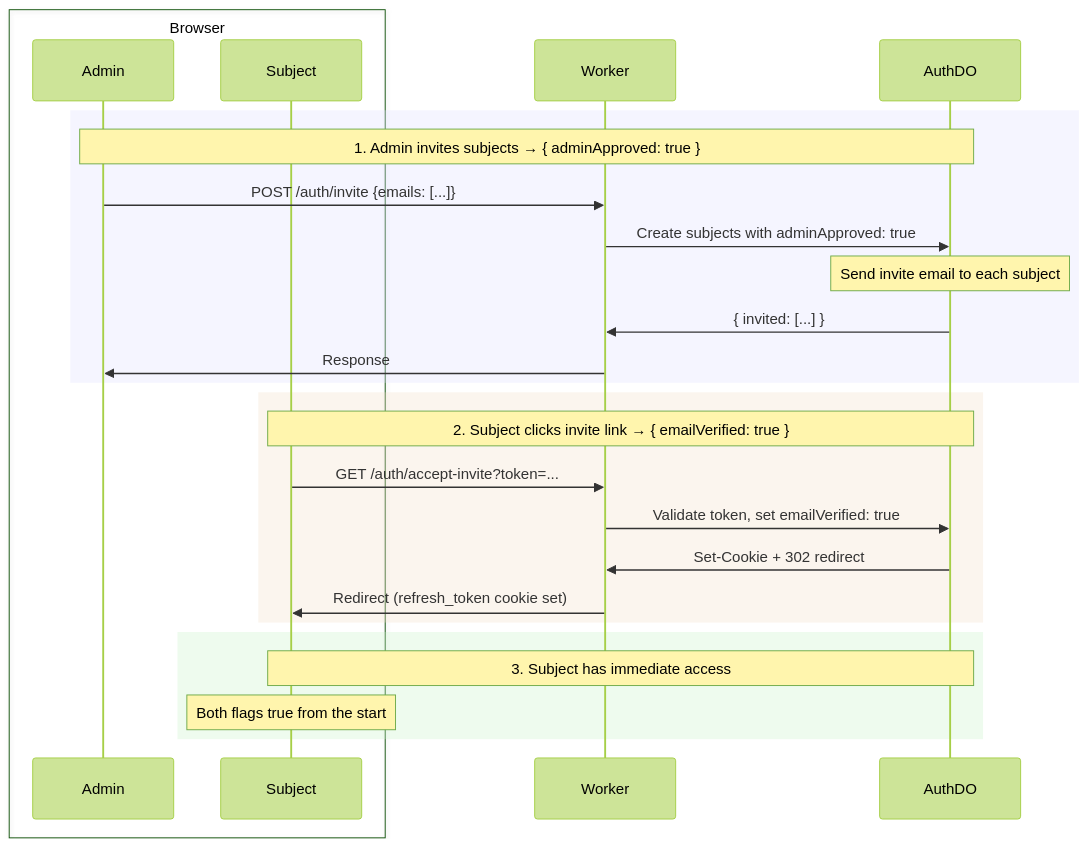
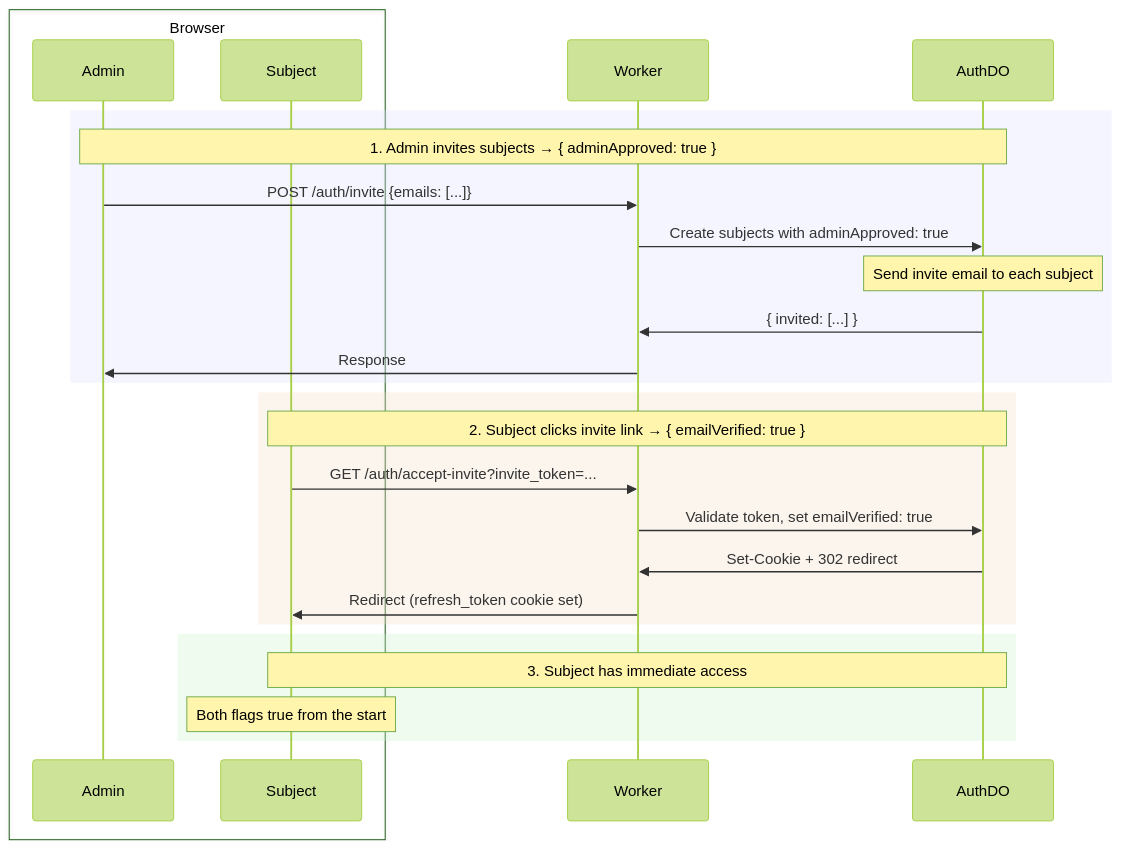
One commit to lumenize/lumenize changed the second of 2 diagrams in website/docs/auth/index.mdx. Above: the diagram before and after it, drawn with Mermaid (forest theme). The commit also changed other lines of this file and 15 other files, not shown here.

````diff
--- a/website/docs/auth/index.mdx
+++ b/website/docs/auth/index.mdx
@@ -121,31 +121,31 @@
 ```mermaid
 sequenceDiagram
     box Browser
         participant Admin
         participant Subject
     end
     participant Worker
     participant AuthDO
 
     rect rgba(220, 220, 255, 0.3)
         Note over Admin,AuthDO: 1. Admin invites subjects → { adminApproved: true }
         Admin->>Worker: POST /auth/invite {emails: [...]}
         Worker->>AuthDO: Create subjects with adminApproved: true
         Note over AuthDO: Send invite email to each subject
         AuthDO->>Worker: { invited: [...] }
         Worker->>Admin: Response
     end
 
     rect rgba(240, 220, 200, 0.3)
         Note over Subject,AuthDO: 2. Subject clicks invite link → { emailVerified: true }
-        Subject->>Worker: GET /auth/accept-invite?token=...
+        Subject->>Worker: GET /auth/accept-invite?invite_token=...
         Worker->>AuthDO: Validate token, set emailVerified: true
         AuthDO->>Worker: Set-Cookie + 302 redirect
         Worker->>Subject: Redirect (refresh_token cookie set)
     end
 
     rect rgba(200, 240, 200, 0.3)
         Note over Subject,AuthDO: 3. Subject has immediate access
         Note over Subject: Both flags true from the start
     end
 ```
````
